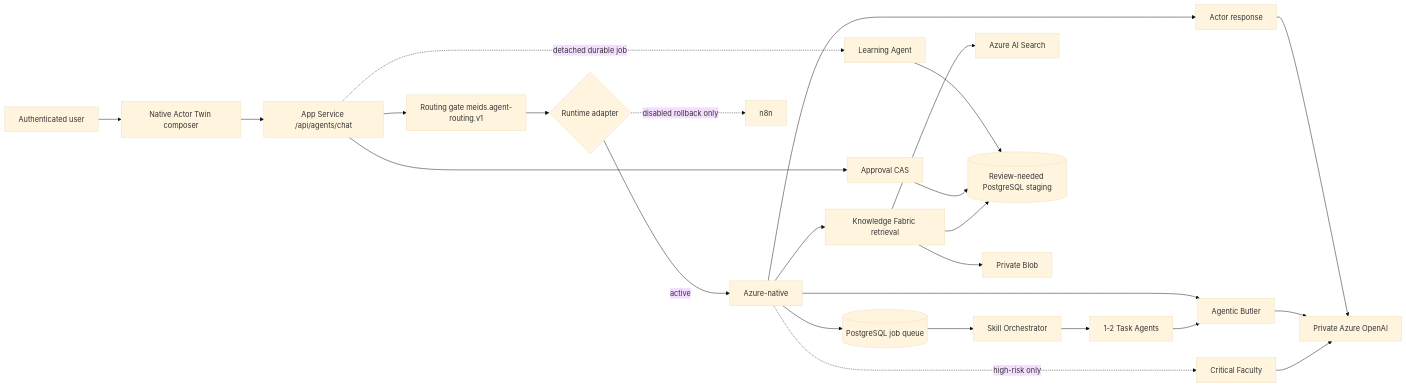
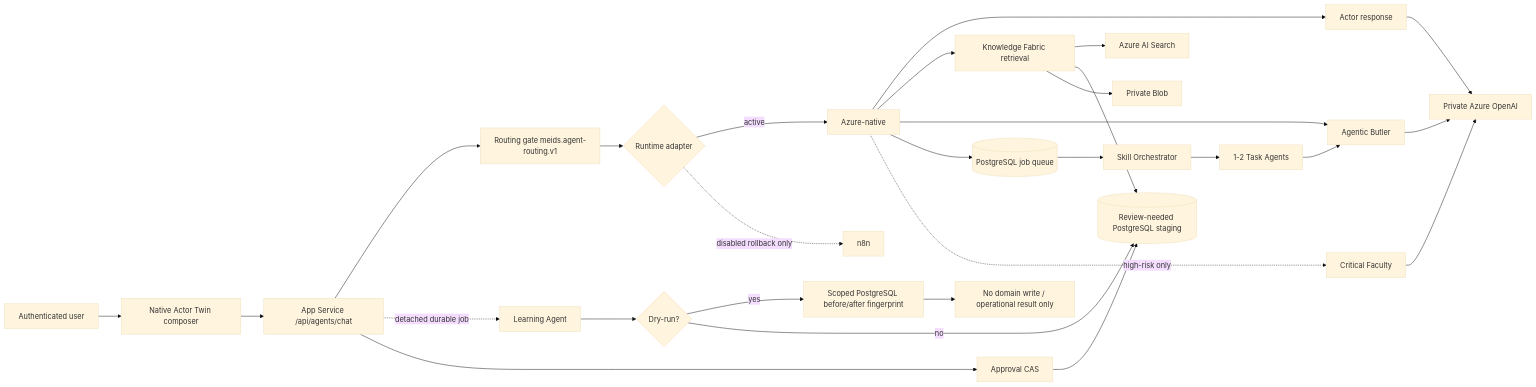
The first of 2 diagrams in docs/production/azure-native-agent-target.md (florianliepe/meids-app), drawn with Mermaid (base theme) before and after one commit. The commit also changed other lines of this file and 11 other files, not shown here.

Commit message:
Prove Learning dry-run domain immutability

````diff
--- a/docs/production/azure-native-agent-target.md
+++ b/docs/production/azure-native-agent-target.md
@@ -7,27 +7,30 @@
 ```mermaid
 flowchart LR
   U[Authenticated user] --> F[Native Actor Twin composer]
   F --> API[App Service /api/agents/chat]
   API --> G[Routing gate meids.agent-routing.v1]
   G --> AD{Runtime adapter}
   AD -->|active| AZ[Azure-native]
   AD -. disabled rollback only .-> N[n8n]
   AZ --> A[Actor response]
   AZ --> K[Knowledge Fabric retrieval]
   AZ --> B[Agentic Butler]
   AZ --> Q[(PostgreSQL job queue)]
   Q --> S[Skill Orchestrator]
   S --> T[1-2 Task Agents]
   T --> B
   AZ -. high-risk only .-> C[Critical Faculty]
   API -. detached durable job .-> L[Learning Agent]
   A --> AO[Private Azure OpenAI]
   B --> AO
   C --> AO
   K --> AS[Azure AI Search]
-  L --> PG[(Review-needed PostgreSQL staging)]
+  L --> LD{Dry-run?}
+  LD -->|yes| FP[Scoped PostgreSQL before/after fingerprint]
+  LD -->|no| PG[(Review-needed PostgreSQL staging)]
+  FP --> NW[No domain write / operational result only]
   API --> AP[Approval CAS]
   AP --> PG
   K --> PG
   K --> BL[Private Blob]
 ```
````
